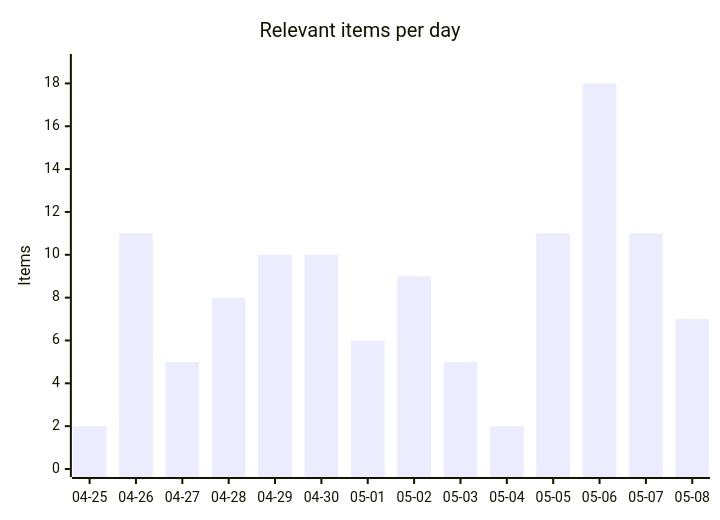
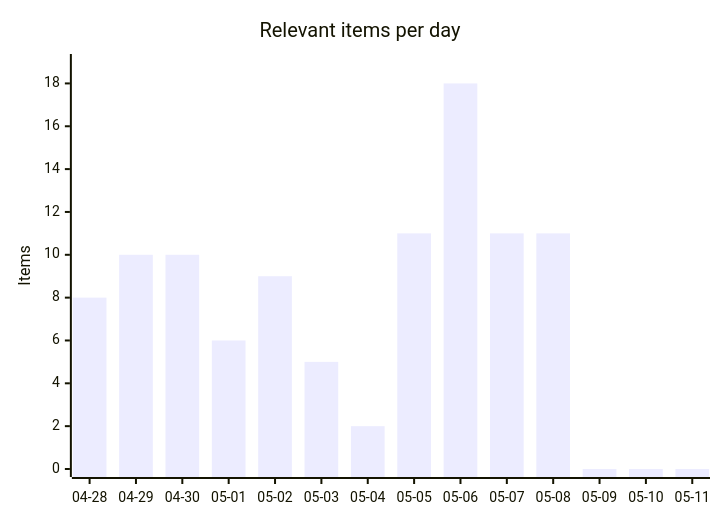
Before and after one commit to martinbalfanz/social-scanner-reports: the first of 4 diagrams in README.md, drawn with Mermaid. The commit also changed other lines of this file and 3 other files, not shown here.

````diff
--- a/README.md
+++ b/README.md
@@ -30,7 +30,7 @@
 ```mermaid
 xychart-beta
     title "Relevant items per day"
-    x-axis ["04-25", "04-26", "04-27", "04-28", "04-29", "04-30", "05-01", "05-02", "05-03", "05-04", "05-05", "05-06", "05-07", "05-08"]
+    x-axis ["04-28", "04-29", "04-30", "05-01", "05-02", "05-03", "05-04", "05-05", "05-06", "05-07", "05-08", "05-09", "05-10", "05-11"]
     y-axis "Items" 0 --> 19
-    bar [2, 11, 5, 8, 10, 10, 6, 9, 5, 2, 11, 18, 11, 7]
+    bar [8, 10, 10, 6, 9, 5, 2, 11, 18, 11, 11, 0, 0, 0]
 ```
````
